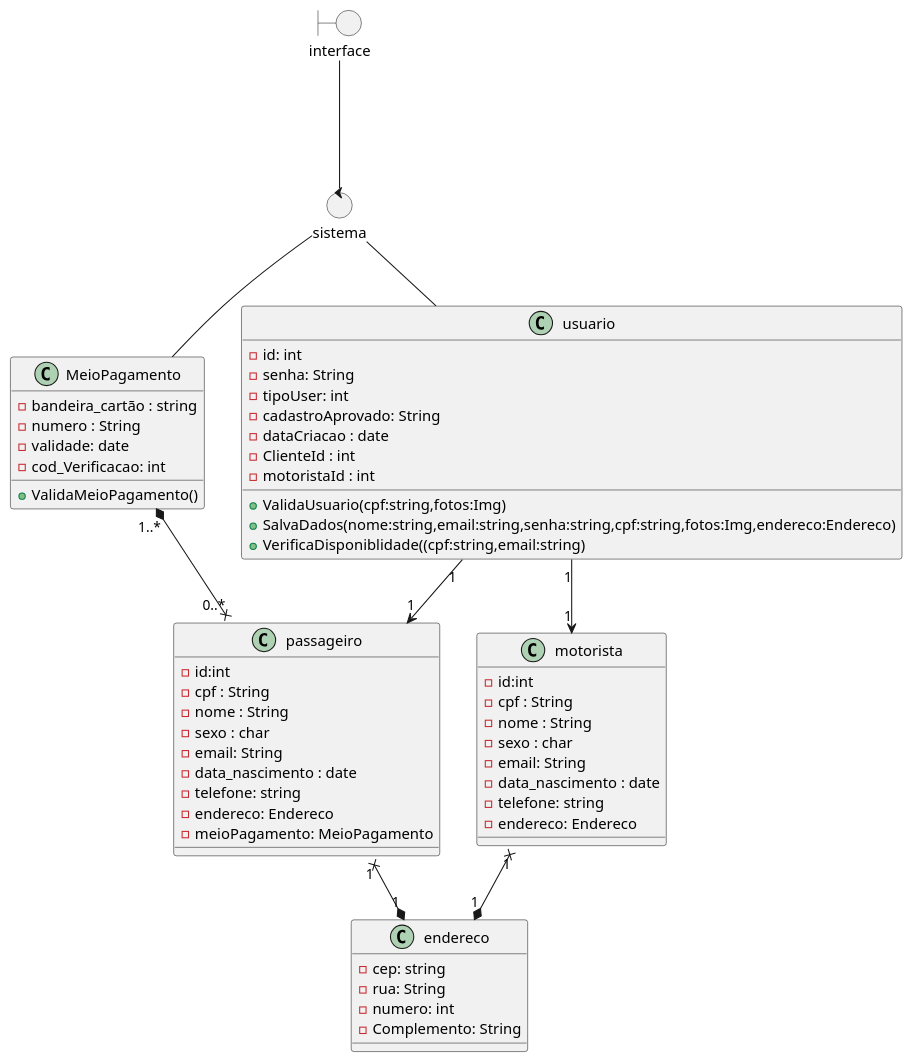
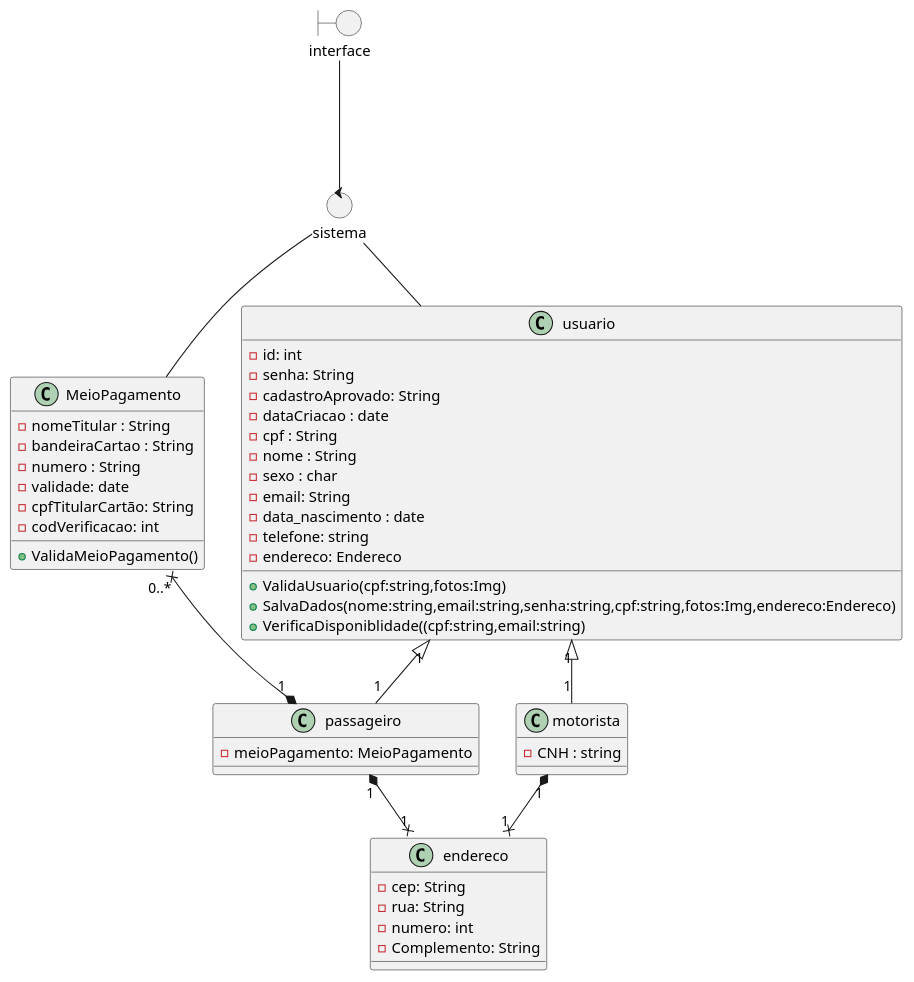
Before and after one commit to XMATHEUSX/UML: the diagram in Sprint_1/deploy.puml, drawn with PlantUML. The commit also changed 8 other files, not shown here.

```diff
--- a/Sprint_1/deploy.puml
+++ b/Sprint_1/deploy.puml
@@ -1,72 +1,63 @@
 @startuml
 allowmixing
 
 boundary interface
 
 control sistema
 
 class usuario {
 - id: int
 - senha: String 
-- tipoUser: int
 - cadastroAprovado: String 
 - dataCriacao : date
-- ClienteId : int
-- motoristaId : int
+- cpf : String
+- nome : String
+- sexo : char
+- email: String
+- data_nascimento : date
+- telefone: string
+- endereco: Endereco
 + ValidaUsuario(cpf:string,fotos:Img)
 + SalvaDados(nome:string,email:string,senha:string,cpf:string,fotos:Img,endereco:Endereco)
 + VerificaDisponiblidade((cpf:string,email:string)
 }
 
 class motorista
 {
-- id:int
-- cpf : String
-- nome : String
-- sexo : char
-- email: String
-- data_nascimento : date
-- telefone: string
-- endereco: Endereco
+- CNH : string
 }
-class passageiro
+
+class passageiro 
 {
-- id:int
-- cpf : String
-- nome : String
-- sexo : char
-- email: String
-- data_nascimento : date
-- telefone: string
-- endereco: Endereco
+
 - meioPagamento: MeioPagamento
 
 }
 class endereco
 {
-- cep: string
+- cep: String
 - rua: String
 - numero: int
 - Complemento: String
+}
 
-}
-class MeioPagamento{
-- bandeira_cartão : string
+class MeioPagamento
+{
+- nomeTitular : String 
+- bandeiraCartao : String
 - numero : String
 - validade: date
-- cod_Verificacao: int
+- cpfTitularCartão: String
+- codVerificacao: int
 + ValidaMeioPagamento()
-
-
-
-}
+} 
 interface --- sistema
-passageiro "0..*" x-up-* "1..*" MeioPagamento
-passageiro "1" x-down-* "1" endereco
-motorista "1" x-down-* "1" endereco
-usuario "1" -down-> "1" motorista
-usuario "1" -right-> "1" passageiro
+passageiro "1" *-up-x "0..*" MeioPagamento
+passageiro "1" *-down-x "1" endereco
+motorista "1" *-down-x "1" endereco
+usuario "1" <|-down- "1" motorista
+usuario "1" <|-right- "1" passageiro
 sistema -- usuario
 sistema -- MeioPagamento
 
 @enduml
```
